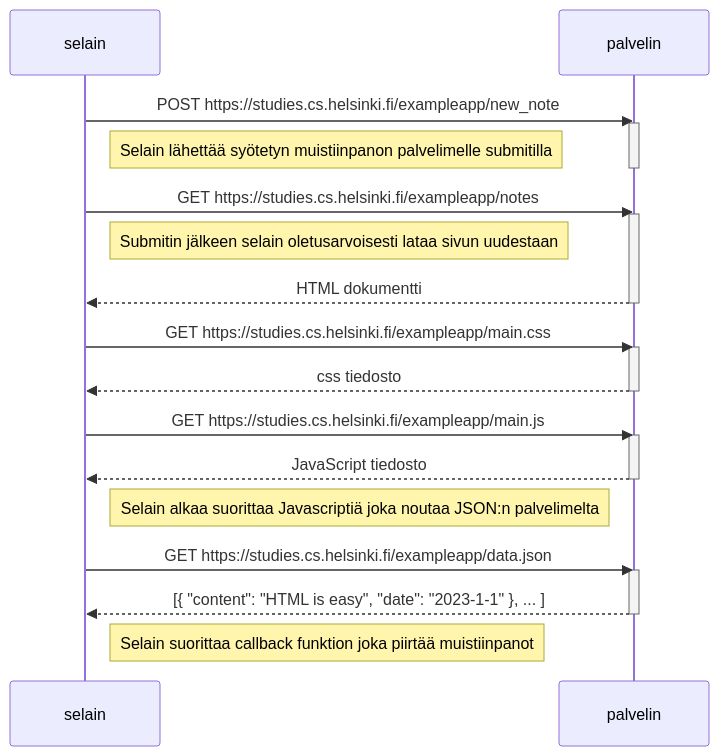
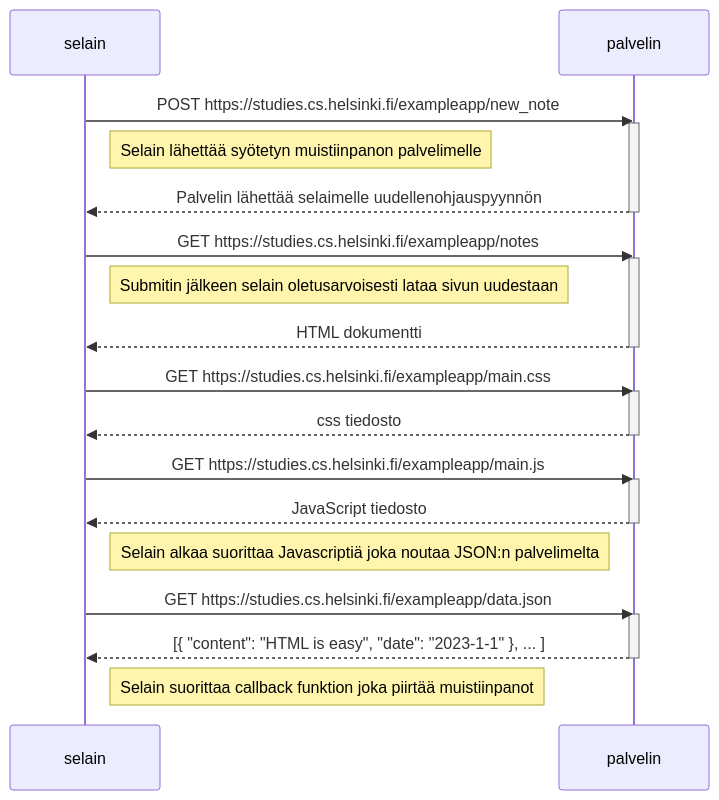
One commit to tuuhei8/full-stack-open changed the diagram in fso0t1.md. Above: the diagram before and after it, drawn with Mermaid.

````diff
--- a/fso0t1.md
+++ b/fso0t1.md
@@ -1,39 +1,40 @@
 ```mermaid
 sequenceDiagram
     participant selain
     participant palvelin
 
     selain->>palvelin: POST https://studies.cs.helsinki.fi/exampleapp/new_note
     activate palvelin
 
-    Note right of selain: Selain lähettää syötetyn muistiinpanon palvelimelle submitilla
+    Note right of selain: Selain lähettää syötetyn muistiinpanon palvelimelle
 
+    palvelin-->>selain: Palvelin lähettää selaimelle uudellenohjauspyynnön
     deactivate palvelin
     
     selain->>palvelin: GET https://studies.cs.helsinki.fi/exampleapp/notes
     activate palvelin
 
     Note right of selain: Submitin jälkeen selain oletusarvoisesti lataa sivun uudestaan
 
     palvelin-->>selain: HTML dokumentti
     deactivate palvelin
     
     selain->>palvelin: GET https://studies.cs.helsinki.fi/exampleapp/main.css
     activate palvelin
     palvelin-->>selain: css tiedosto
     deactivate palvelin
     
     selain->>palvelin: GET https://studies.cs.helsinki.fi/exampleapp/main.js
     activate palvelin
     palvelin-->>selain: JavaScript tiedosto
     deactivate palvelin
     
     Note right of selain: Selain alkaa suorittaa Javascriptiä joka noutaa JSON:n palvelimelta
     
     selain->>palvelin: GET https://studies.cs.helsinki.fi/exampleapp/data.json
     activate palvelin
     palvelin-->>selain: [{ "content": "HTML is easy", "date": "2023-1-1" }, ... ]
     deactivate palvelin 
 
     Note right of selain: Selain suorittaa callback funktion joka piirtää muistiinpanot 
 ```
````
